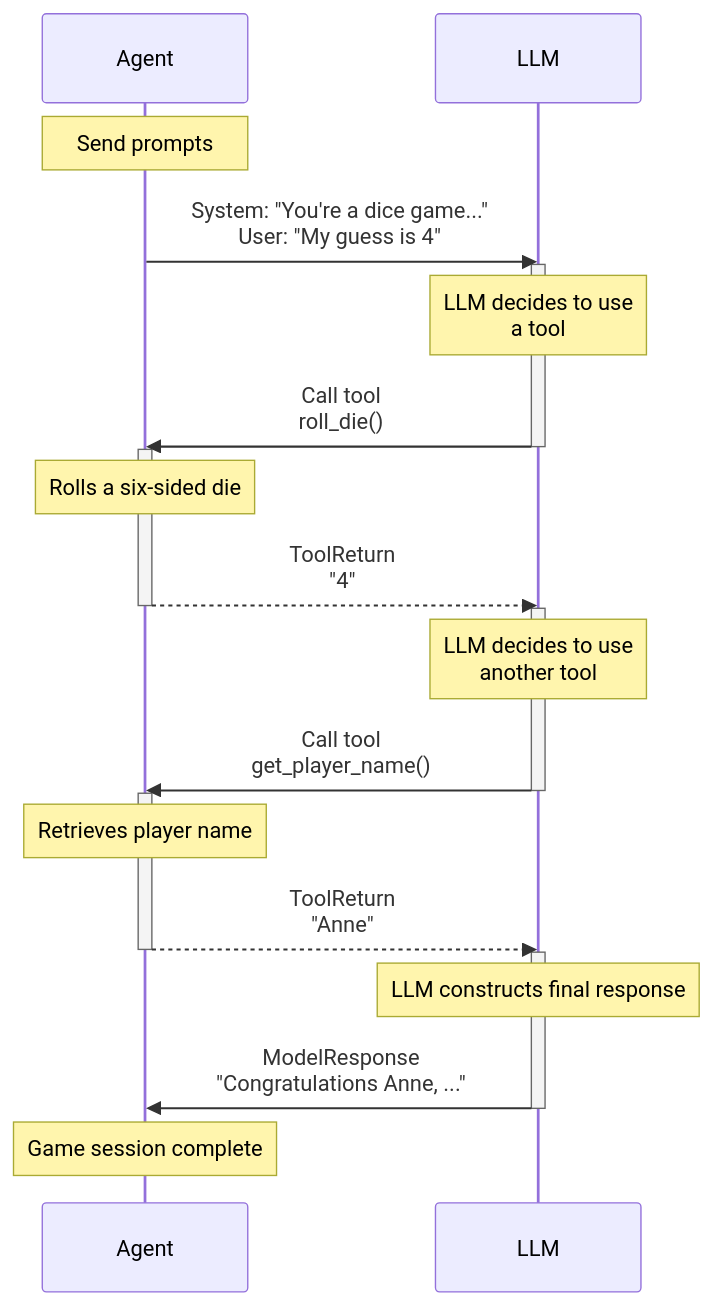
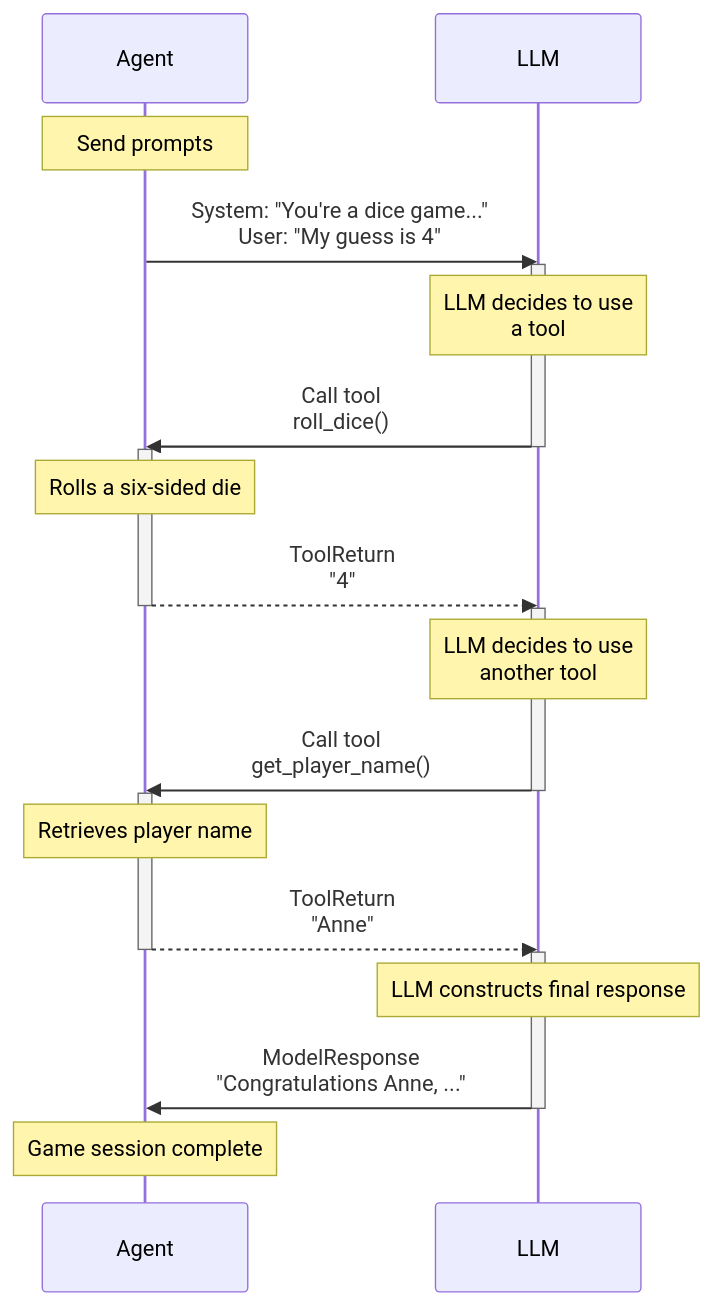
The diagram in docs/tools.md (willgdjones/pydantic-ai), drawn with Mermaid before and after one commit. The commit also changed other lines of this file and 1 other file, not shown here.

Commit message:
refactor: updated tools doc with function naming: roll_die → roll_dice (#1986)

````diff
--- a/docs/tools.md
+++ b/docs/tools.md
@@ -145,33 +145,33 @@
 ```mermaid
 sequenceDiagram
     participant Agent
     participant LLM
 
     Note over Agent: Send prompts
     Agent ->> LLM: System: "You're a dice game..."<br>User: "My guess is 4"
     activate LLM
     Note over LLM: LLM decides to use<br>a tool
 
-    LLM ->> Agent: Call tool<br>roll_die()
+    LLM ->> Agent: Call tool<br>roll_dice()
     deactivate LLM
     activate Agent
     Note over Agent: Rolls a six-sided die
 
     Agent -->> LLM: ToolReturn<br>"4"
     deactivate Agent
     activate LLM
     Note over LLM: LLM decides to use<br>another tool
 
     LLM ->> Agent: Call tool<br>get_player_name()
     deactivate LLM
     activate Agent
     Note over Agent: Retrieves player name
     Agent -->> LLM: ToolReturn<br>"Anne"
     deactivate Agent
     activate LLM
     Note over LLM: LLM constructs final response
 
     LLM ->> Agent: ModelResponse<br>"Congratulations Anne, ..."
     deactivate LLM
     Note over Agent: Game session complete
 ```
````
